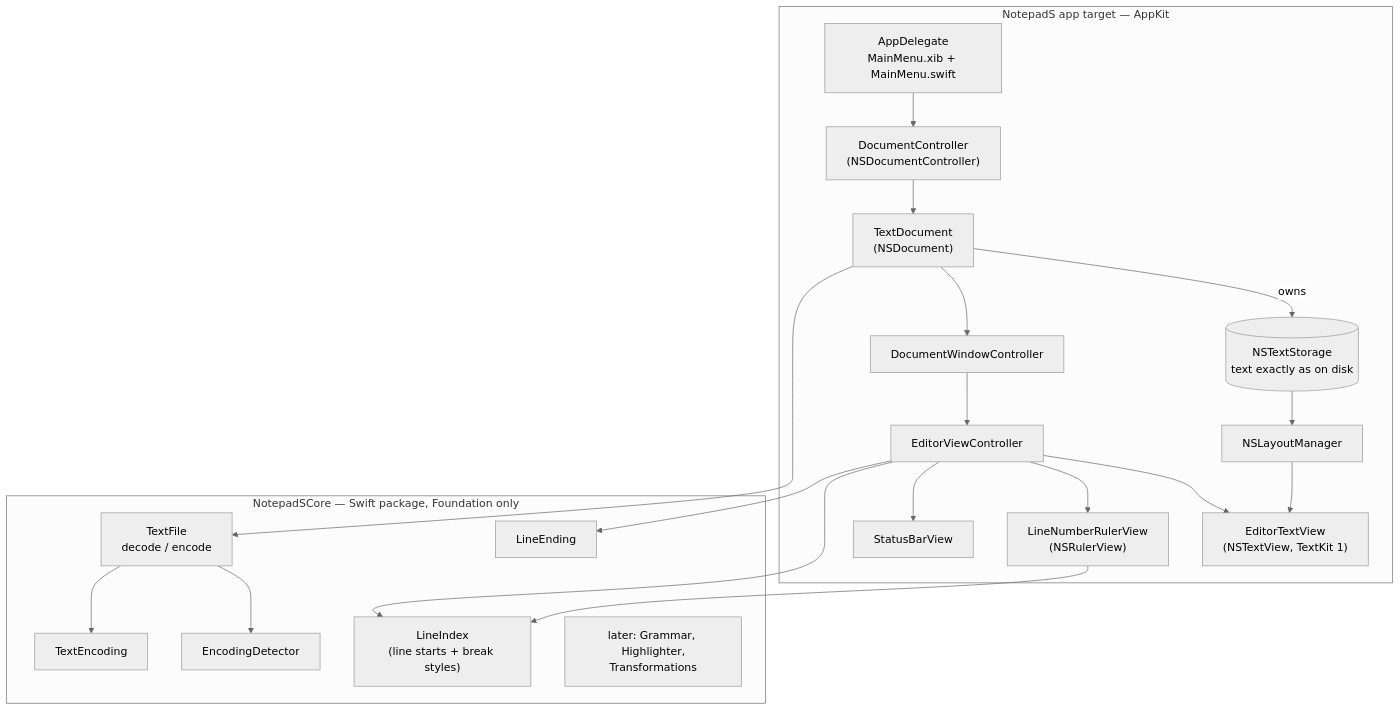
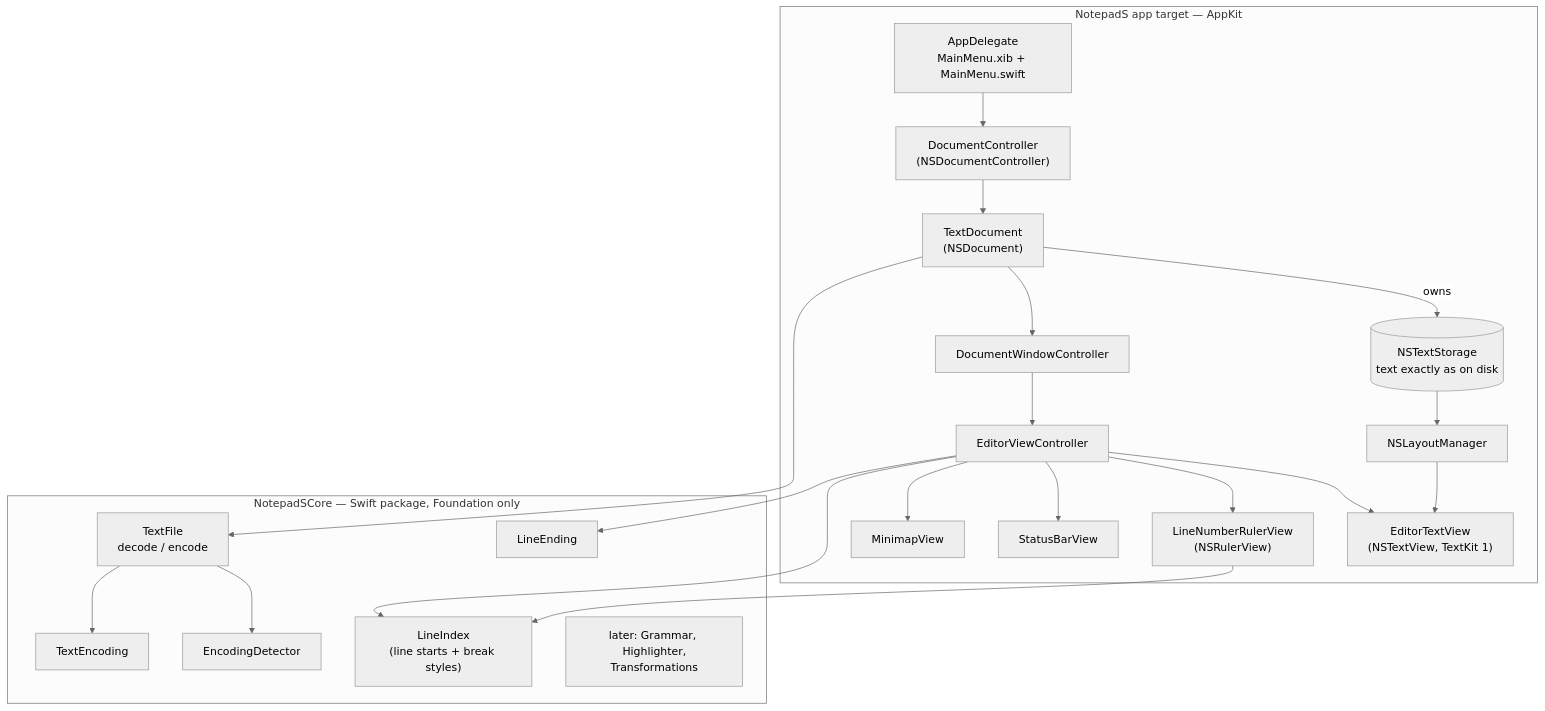
The diagram in docs/DESIGN.md (ZdenekKovacs/NotepadS), drawn with Mermaid (neutral theme) before and after one commit. The commit also changed other lines of this file and 13 other files, not shown here.

````diff
--- a/docs/DESIGN.md
+++ b/docs/DESIGN.md
@@ -95,25 +95,26 @@
 ```mermaid
 flowchart TB
   subgraph App["NotepadS app target — AppKit"]
     AD["AppDelegate<br/>MainMenu.xib + MainMenu.swift"] --> DC["DocumentController<br/>(NSDocumentController)"]
     DC --> TD["TextDocument<br/>(NSDocument)"]
     TD -- owns --> TS[("NSTextStorage<br/>text exactly as on disk")]
     TD --> WC["DocumentWindowController"]
     WC --> VC["EditorViewController"]
     VC --> TV["EditorTextView<br/>(NSTextView, TextKit 1)"]
     VC --> LN["LineNumberRulerView<br/>(NSRulerView)"]
     VC --> SB["StatusBarView"]
+    VC --> MM["MinimapView"]
     TS --> LM["NSLayoutManager"] --> TV
   end
   subgraph Core["NotepadSCore — Swift package, Foundation only"]
     TF["TextFile<br/>decode / encode"] --> ED["EncodingDetector"]
     TF --> TE["TextEncoding"]
     LE["LineEnding"]
     LI["LineIndex<br/>(line starts + break styles)"]
     LATER["later: Grammar, Highlighter,<br/>Transformations"]
   end
   TD --> TF
   VC --> LI
   VC --> LE
   LN --> LI
 ```
````
